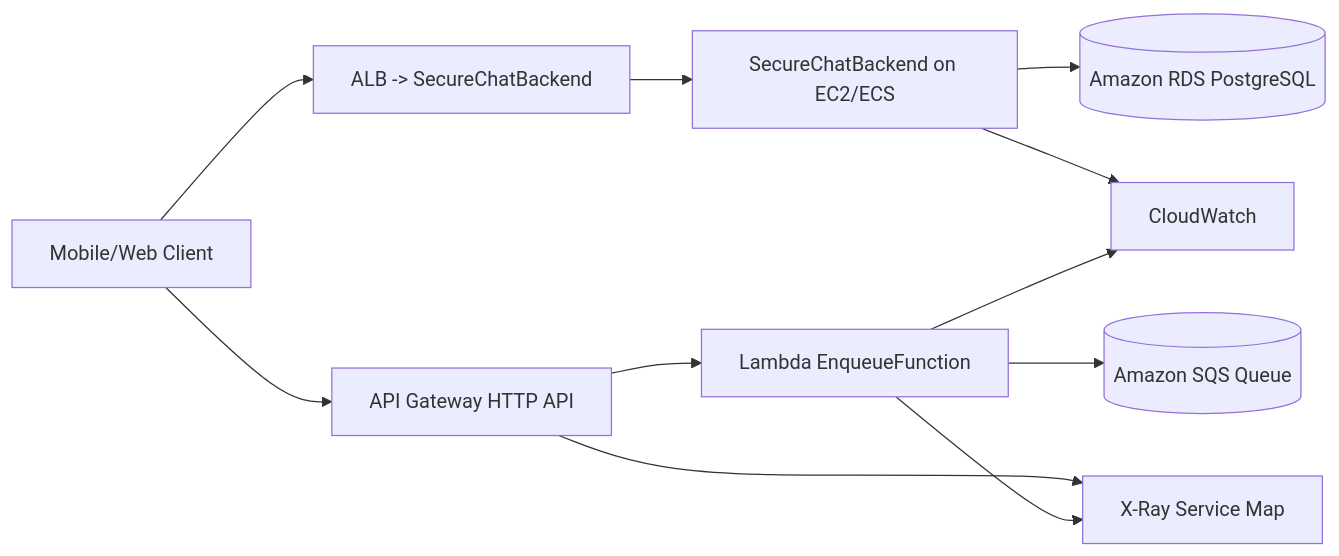
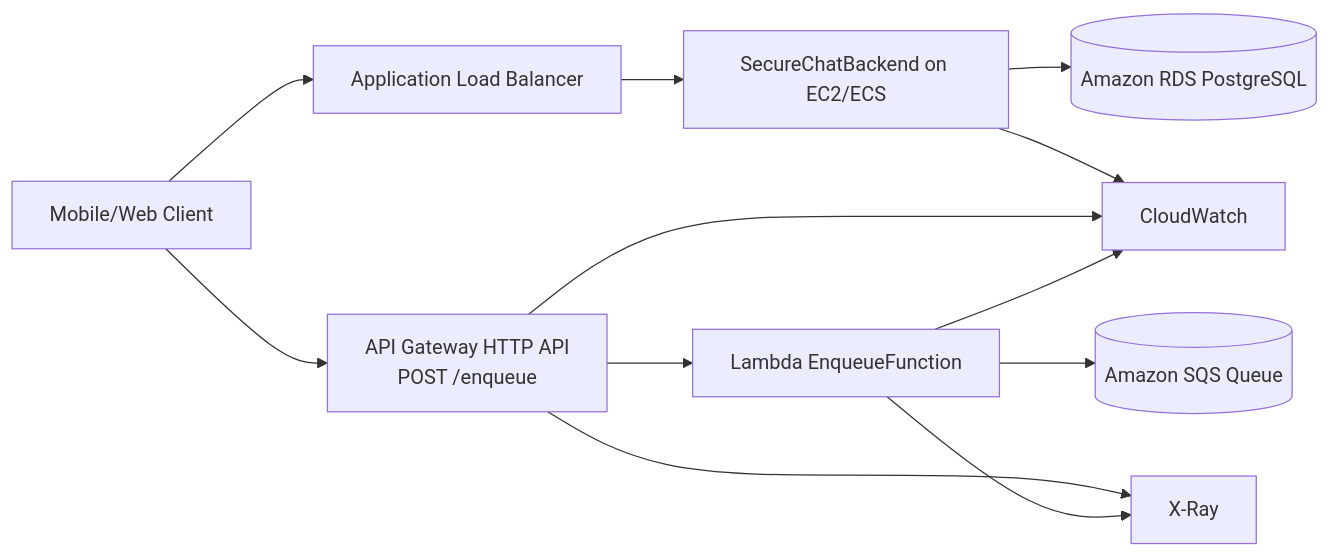
One commit to karth1kkk/securechat changed the second of 3 diagrams in docs/task2/TASK2_ARCHITECTURE_BLUEPRINTS.md. Above: the diagram before and after it, drawn with Mermaid. The commit also changed other lines of this file and 2956 other files, not shown here.

````diff
--- a/docs/task2/TASK2_ARCHITECTURE_BLUEPRINTS.md
+++ b/docs/task2/TASK2_ARCHITECTURE_BLUEPRINTS.md
@@ -17,15 +17,16 @@
 ```mermaid
 flowchart LR
-  U[Mobile/Web Client] --> ALB[ALB -> SecureChatBackend]
+  U[Mobile/Web Client] --> ALB[Application Load Balancer]
   ALB --> API[SecureChatBackend on EC2/ECS]
   API --> DB[(Amazon RDS PostgreSQL)]
 
-  U --> APIGW[API Gateway HTTP API]
+  U --> APIGW[API Gateway HTTP API<br/>POST /enqueue]
   APIGW --> L[Lambda EnqueueFunction]
   L --> Q[(Amazon SQS Queue)]
 
   API --> CW[CloudWatch]
+  APIGW --> CW
   L --> CW
-  APIGW --> XR[X-Ray Service Map]
+  APIGW --> XR[X-Ray]
   L --> XR
 ```
````
